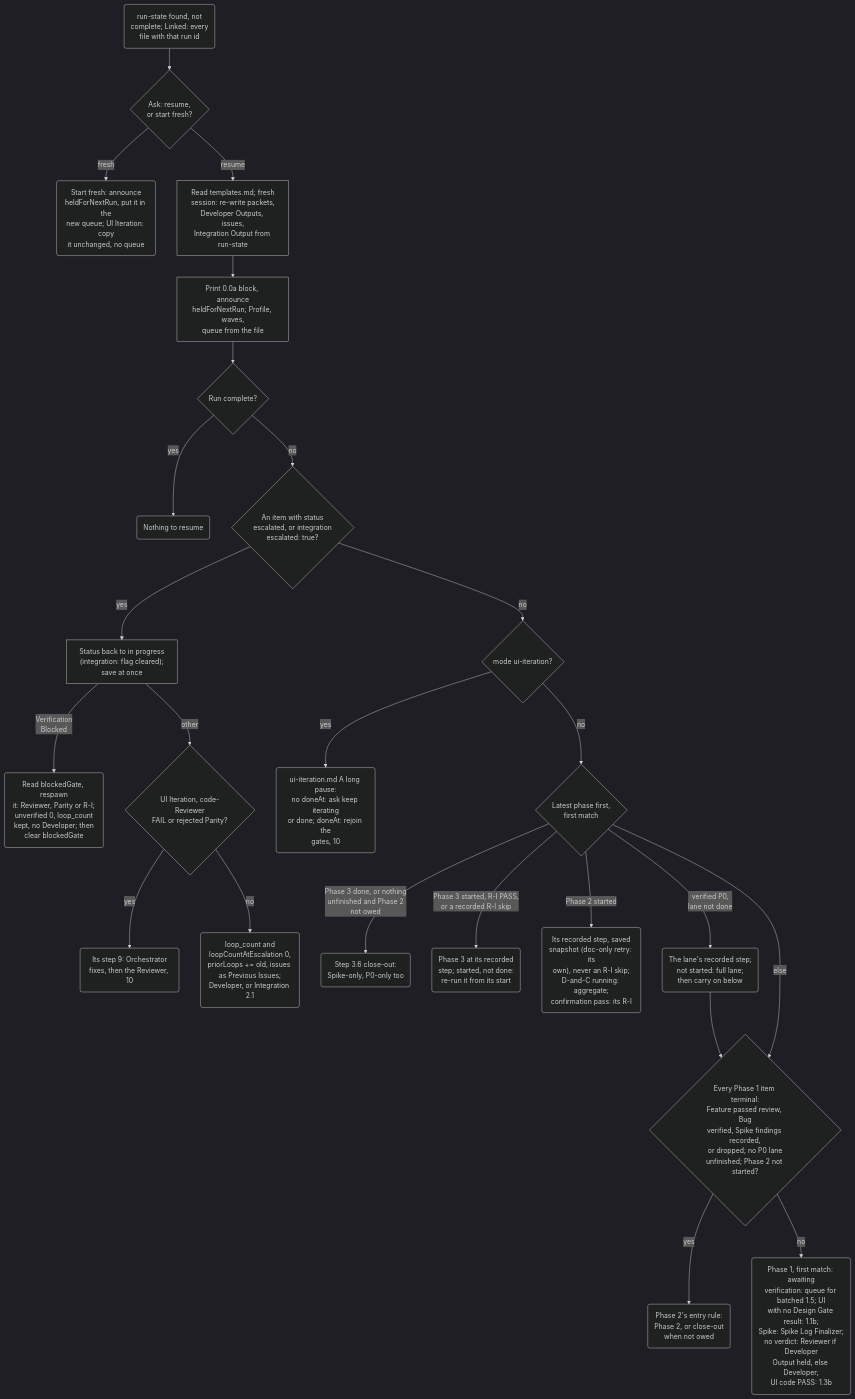
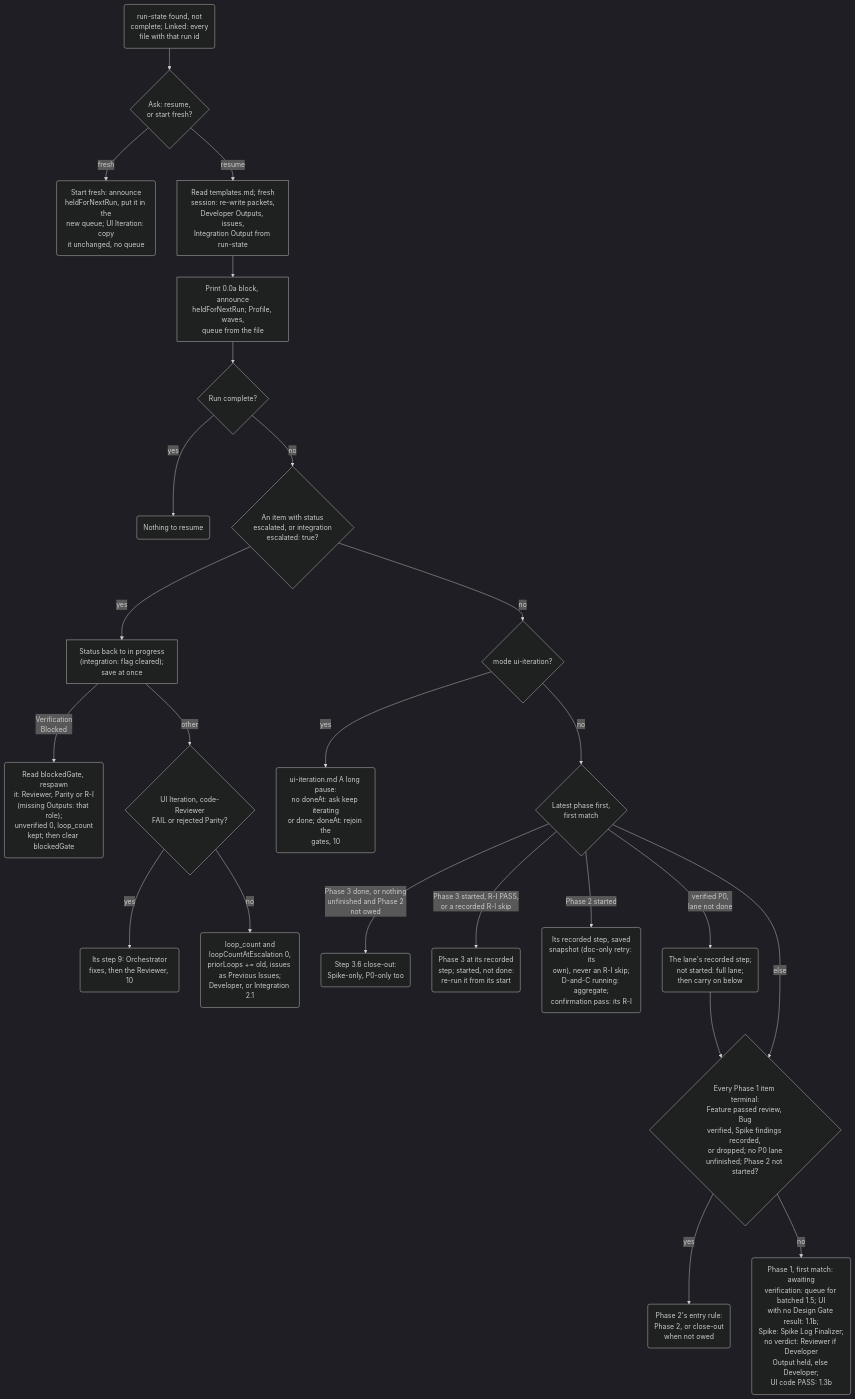
One commit to muhammedalikhan86/claude-stash changed the second of 2 diagrams in skills/plugin-orchestrator-development-pattern/mermaid/13-run-state-and-resume.md. Above: the diagram before and after it, drawn with Mermaid (dark theme). The commit also changed other lines of this file and 32 other files, not shown here.

````diff
--- a/skills/plugin-orchestrator-development-pattern/mermaid/13-run-state-and-resume.md
+++ b/skills/plugin-orchestrator-development-pattern/mermaid/13-run-state-and-resume.md
@@ -40,26 +40,26 @@
 ```mermaid
 flowchart TD
     S("run-state found, not<br/>complete; Linked: every<br/>file with that run id") --> Ask{"Ask: resume,<br/>or start fresh?"}
     Ask -->|"fresh"| Fresh("Start fresh: announce<br/>heldForNextRun, put it in the<br/>new queue; UI Iteration: copy<br/>it unchanged, no queue")
     Ask -->|"resume"| Pk["Read templates.md; fresh<br/>session: re-write packets,<br/>Developer Outputs, issues,<br/>Integration Output from run-state"]
     Pk --> Prof["Print 0.0a block, announce<br/>heldForNextRun; Profile, waves,<br/>queue from the file"]
     Prof --> Done{"Run complete?"}
     Done -->|"yes"| Nothing("Nothing to resume")
     Done -->|"no"| Esc{"An item with status<br/>escalated, or integration<br/>escalated: true?"}
     Esc -->|"yes"| Un["Status back to in progress<br/>(integration: flag cleared);<br/>save at once"]
-    Un -->|"Verification<br/>Blocked"| ResV("Read blockedGate, respawn<br/>it: Reviewer, Parity or R-I;<br/>unverified 0, loop_count<br/>kept, no Developer; then<br/>clear blockedGate")
+    Un -->|"Verification<br/>Blocked"| ResV("Read blockedGate, respawn<br/>it: Reviewer, Parity or R-I<br/>(missing Outputs: that role);<br/>unverified 0, loop_count<br/>kept; then clear blockedGate")
     Un -->|"other"| UIk{"UI Iteration, code-Reviewer<br/>FAIL or rejected Parity?"}
     UIk -->|"yes"| Step9("Its step 9: Orchestrator<br/>fixes, then the Reviewer, 10")
     UIk -->|"no"| Restart("loop_count and<br/>loopCountAtEscalation 0,<br/>priorLoops += old, issues as Previous Issues;<br/>Developer, or Integration 2.1")
     Esc -->|"no"| UIq{"mode ui-iteration?"}
     UIq -->|"yes"| UIr("ui-iteration.md A long pause:<br/>no doneAt: ask keep iterating<br/>or done; doneAt: rejoin the<br/>gates, 10")
     UIq -->|"no"| Order{"Latest phase first,<br/>first match"}
     Order -->|"Phase 3 done, or nothing<br/>unfinished and Phase 2<br/>not owed"| CO("Step 3.6 close-out:<br/>Spike-only, P0-only too")
     Order -->|"Phase 3 started, R-I PASS,<br/>or a recorded R-I skip"| P3("Phase 3 at its recorded<br/>step; started, not done:<br/>re-run it from its start")
     Order -->|"Phase 2 started"| P2("Its recorded step, saved<br/>snapshot (doc-only retry: its<br/>own), never an R-I skip;<br/>D-and-C running: aggregate;<br/>confirmation pass: its R-I")
     Order -->|"verified P0,<br/>lane not done"| P0("The lane's recorded step;<br/>not started: full lane;<br/>then carry on below")
     P0 --> Rest
     Order -->|"else"| Rest{"Every Phase 1 item terminal:<br/>Feature passed review, Bug<br/>verified, Spike findings recorded,<br/>or dropped; no P0 lane<br/>unfinished; Phase 2 not started?"}
     Rest -->|"yes"| P2E("Phase 2's entry rule:<br/>Phase 2, or close-out<br/>when not owed")
     Rest -->|"no"| P1("Phase 1, first match: awaiting<br/>verification: queue for batched 1.5; UI<br/>with no Design Gate result: 1.1b;<br/>Spike: Spike Log Finalizer;<br/>no verdict: Reviewer if Developer<br/>Output held, else Developer;<br/>UI code PASS: 1.3b")
 ```
````
